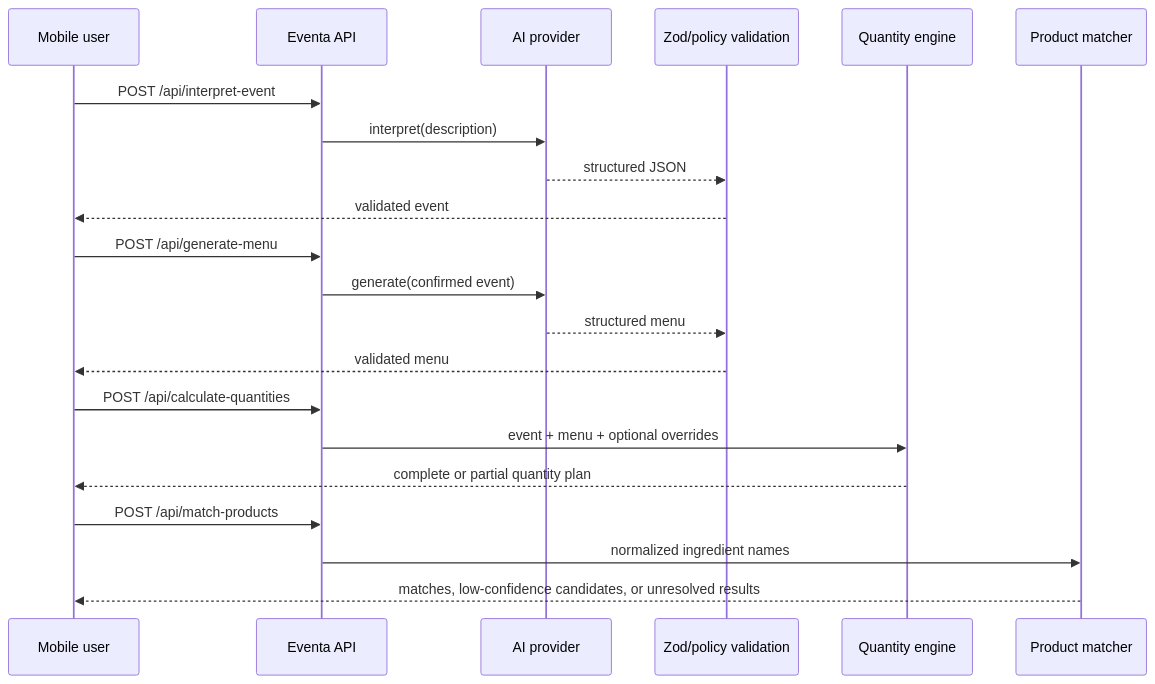
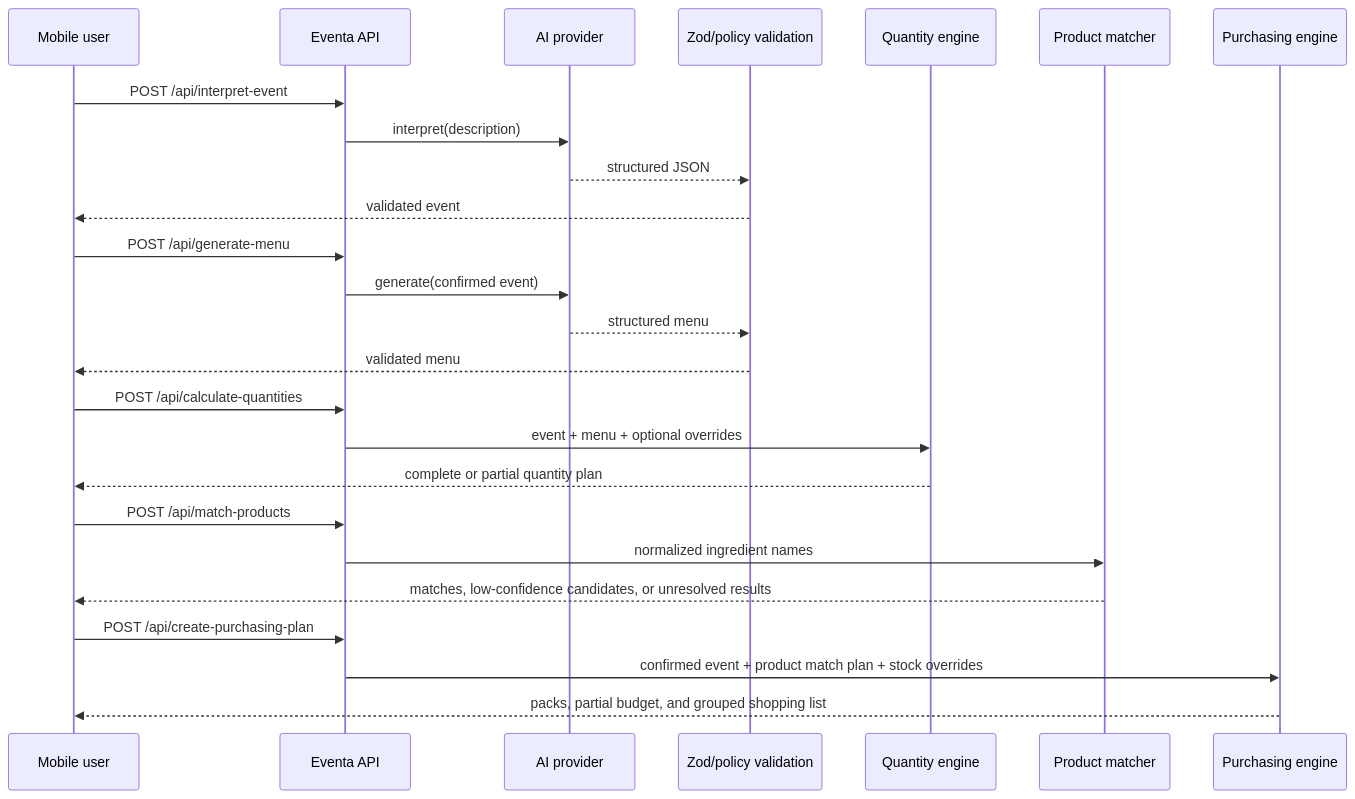
Before and after one commit to farnazkh23/Eventa: the second of 2 diagrams in docs/ARCHITECTURE.md, drawn with Mermaid. The commit also changed other lines of this file and 27 other files, not shown here.

````diff
--- a/docs/ARCHITECTURE.md
+++ b/docs/ARCHITECTURE.md
@@ -25,24 +25,28 @@
 ```mermaid
 sequenceDiagram
   participant U as Mobile user
   participant A as Eventa API
   participant P as AI provider
   participant V as Zod/policy validation
   participant Q as Quantity engine
   participant M as Product matcher
+  participant B as Purchasing engine
 
   U->>A: POST /api/interpret-event
   A->>P: interpret(description)
   P-->>V: structured JSON
   V-->>U: validated event
   U->>A: POST /api/generate-menu
   A->>P: generate(confirmed event)
   P-->>V: structured menu
   V-->>U: validated menu
   U->>A: POST /api/calculate-quantities
   A->>Q: event + menu + optional overrides
   Q-->>U: complete or partial quantity plan
   U->>A: POST /api/match-products
   A->>M: normalized ingredient names
   M-->>U: matches, low-confidence candidates, or unresolved results
+  U->>A: POST /api/create-purchasing-plan
+  A->>B: confirmed event + product match plan + stock overrides
+  B-->>U: packs, partial budget, and grouped shopping list
 ```
````
